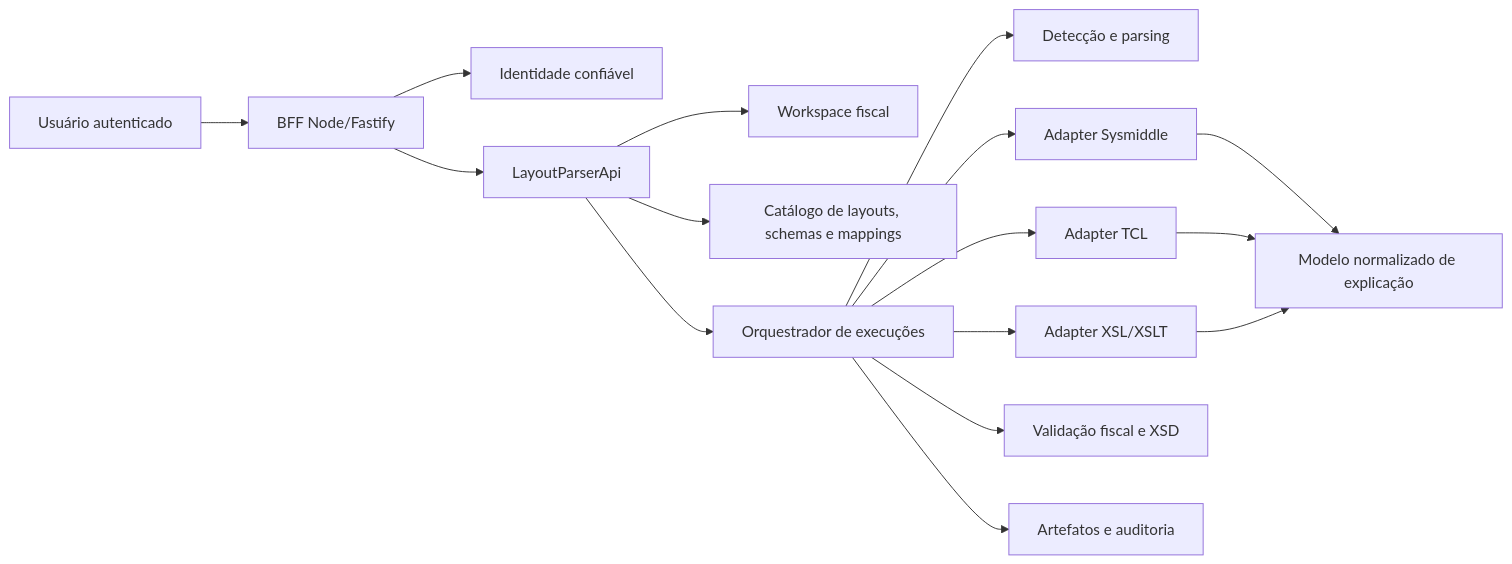
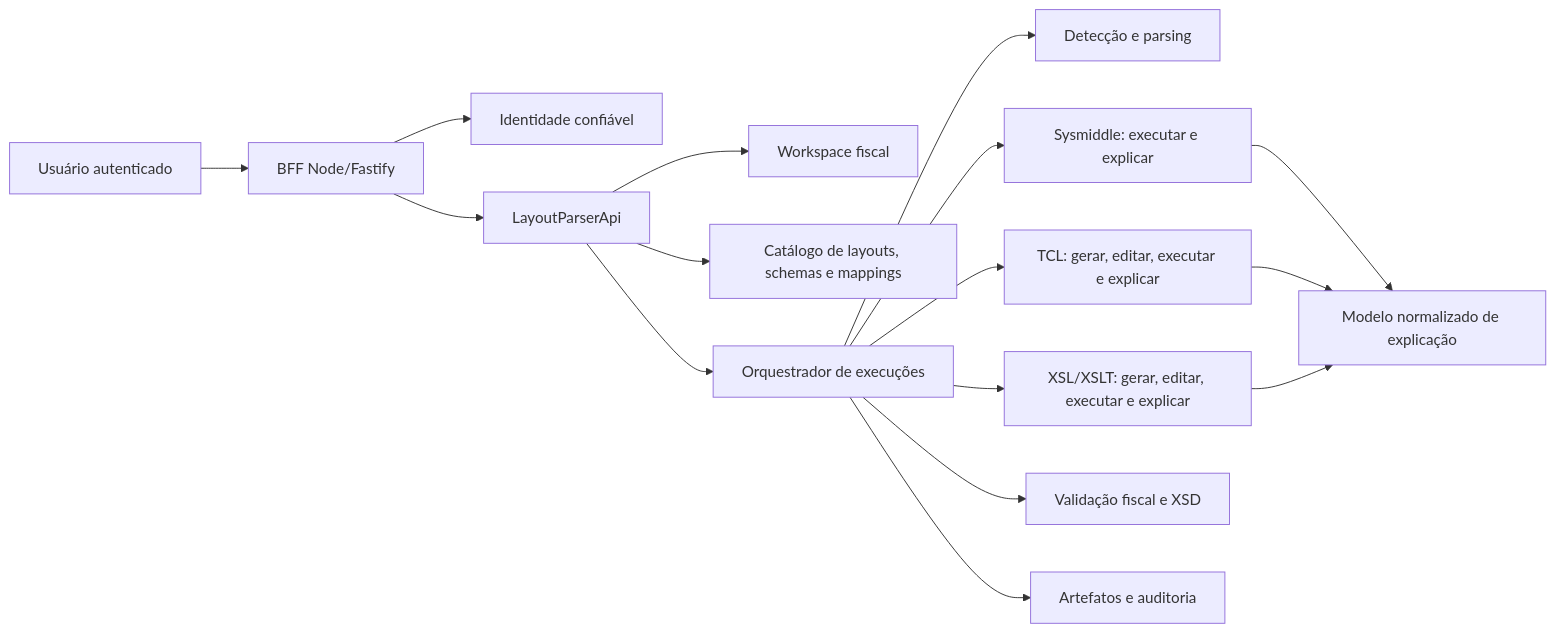
One commit to LayoutParser/LayoutParserReact changed the diagram in docs/architecture/fiscal-document-platform.md. Above: the diagram before and after it, drawn with Mermaid. The commit also changed other lines of this file and 9 other files, not shown here.

````diff
--- a/docs/architecture/fiscal-document-platform.md
+++ b/docs/architecture/fiscal-document-platform.md
@@ -51,18 +51,18 @@
 ```mermaid
 flowchart LR
     U[Usuário autenticado] --> BFF[BFF Node/Fastify]
     BFF --> ID[Identidade confiável]
     BFF --> API[LayoutParserApi]
     API --> WS[Workspace fiscal]
     API --> REG[Catálogo de layouts, schemas e mappings]
     API --> EXE[Orquestrador de execuções]
     EXE --> DET[Detecção e parsing]
-    EXE --> SYS[Adapter Sysmiddle]
-    EXE --> TCL[Adapter TCL]
-    EXE --> XSL[Adapter XSL/XSLT]
+    EXE --> SYS[Sysmiddle: executar e explicar]
+    EXE --> TCL[TCL: gerar, editar, executar e explicar]
+    EXE --> XSL[XSL/XSLT: gerar, editar, executar e explicar]
     SYS --> EXP[Modelo normalizado de explicação]
     TCL --> EXP
     XSL --> EXP
     EXE --> VAL[Validação fiscal e XSD]
     EXE --> ART[Artefatos e auditoria]
 ```
````
